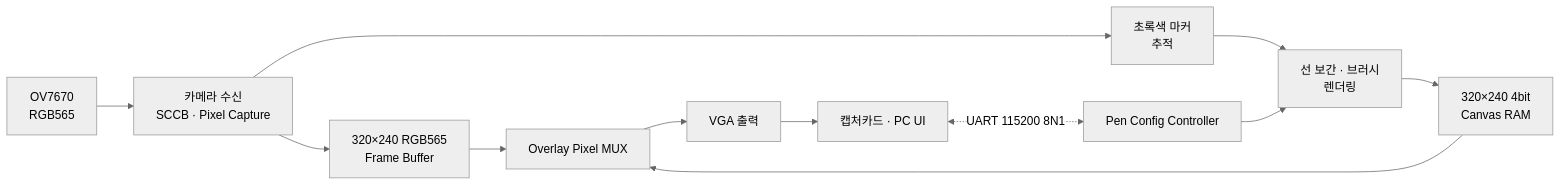
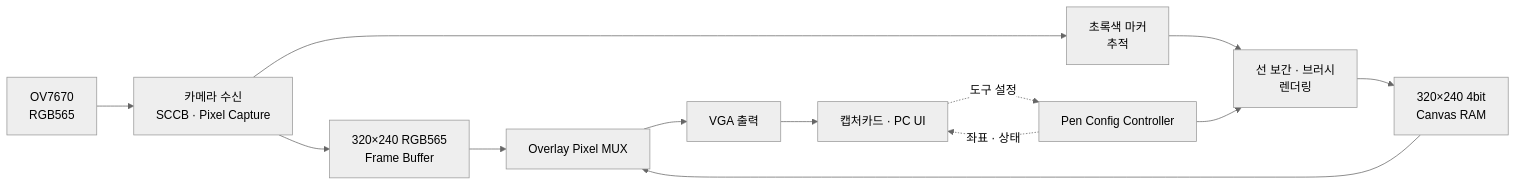
Before and after one commit to Bourrasque-21/VGA_AIR_DRAWING: the first of 3 diagrams in README.md, drawn with Mermaid (neutral theme). The commit also changed other lines of this file, not shown here.

Commit message:
docs: fix GitHub README rendering

````diff
--- a/README.md
+++ b/README.md
@@ -79,14 +79,15 @@
 ```mermaid
 flowchart LR
     CAM["OV7670<br/>RGB565"] --> CAP["카메라 수신<br/>SCCB · Pixel Capture"]
     CAP --> FB["320×240 RGB565<br/>Frame Buffer"]
     CAP --> TRACK["초록색 마커<br/>추적"]
     TRACK --> DRAW["선 보간 · 브러시<br/>렌더링"]
     DRAW --> CANVAS["320×240 4bit<br/>Canvas RAM"]
     FB --> MUX["Overlay Pixel MUX"]
     CANVAS --> MUX
     MUX --> VGA["VGA 출력"]
     VGA --> PC["캡처카드 · PC UI"]
-    PC <-. "UART 115200 8N1" .-> CFG["Pen Config Controller"]
+    PC -.->|도구 설정| CFG["Pen Config Controller"]
+    CFG -.->|좌표 · 상태| PC
     CFG --> DRAW
 ```
````
